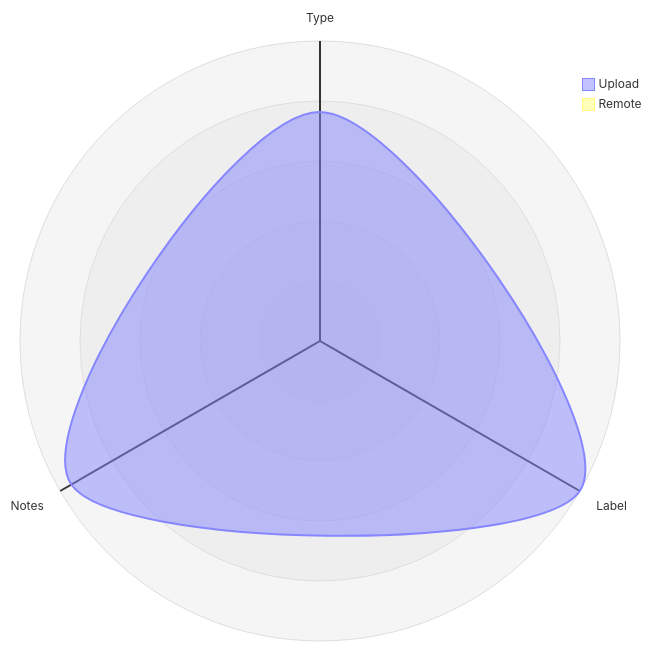
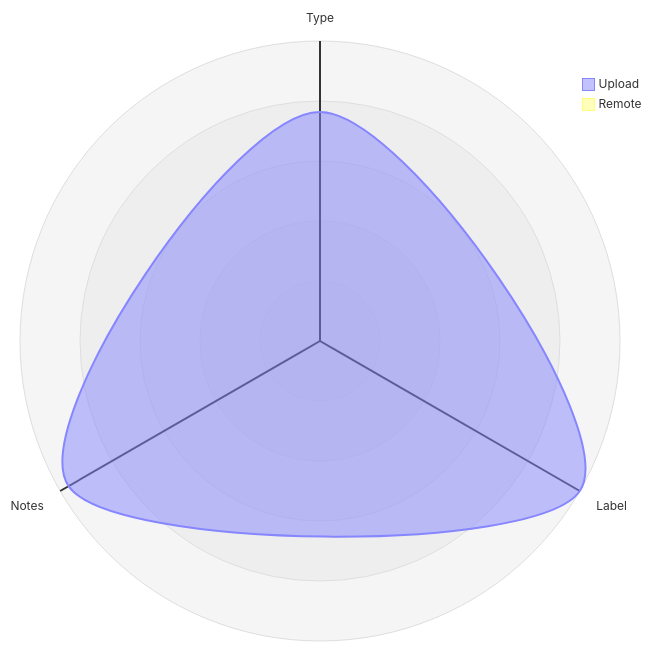
The third of 5 diagrams in datastore_tracker/README.md (open-data/analytics-corporate-reporting), drawn with Mermaid before and after one commit. The commit also changed other lines of this file and 9 other files, not shown here.

````diff
--- a/datastore_tracker/README.md
+++ b/datastore_tracker/README.md
@@ -104,12 +104,12 @@
 ```mermaid
 radar-beta
   axis T["Type"], L["Label"], N["Notes"]
-  curve u["Upload"]{0.00071, 0.00093, 0.00089}
+  curve u["Upload"]{0.00071, 0.00093, 0.0009}
   curve r["Remote"]{0, 0, 0}
 
   showLegend true
 
   min 0
   graticule circle
   ticks 5
 ```
````
